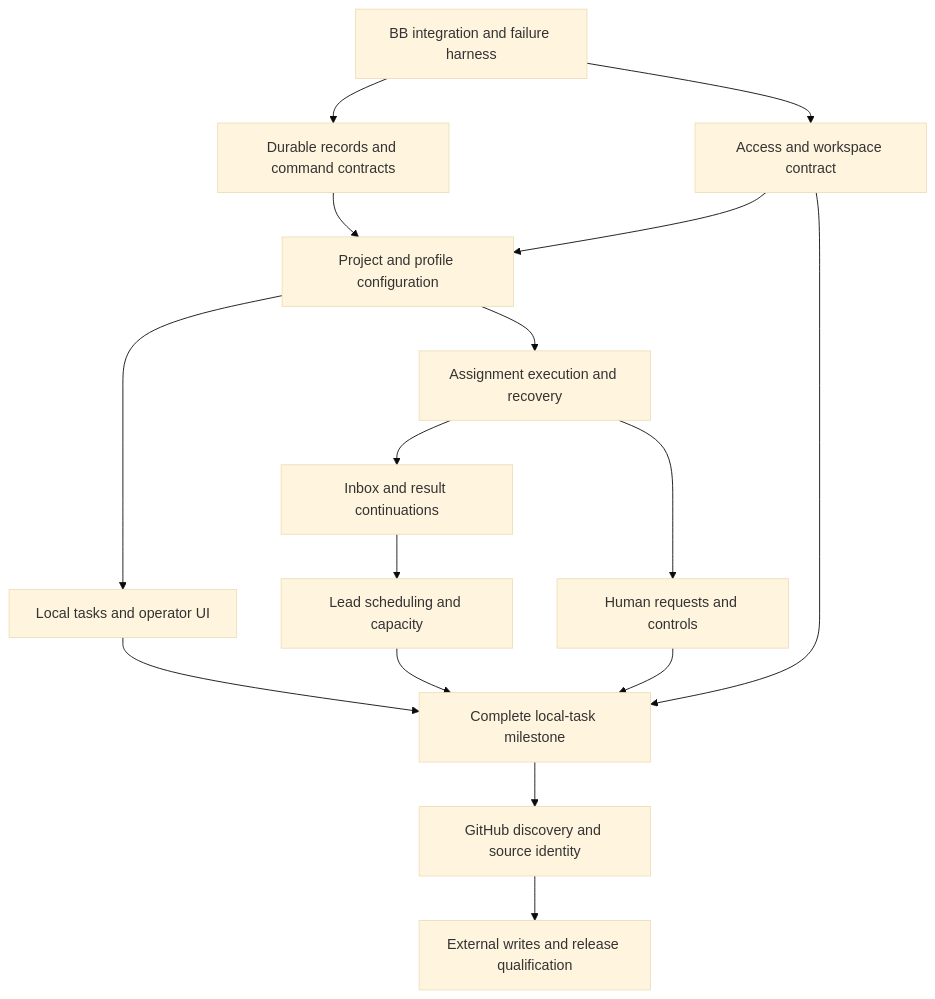
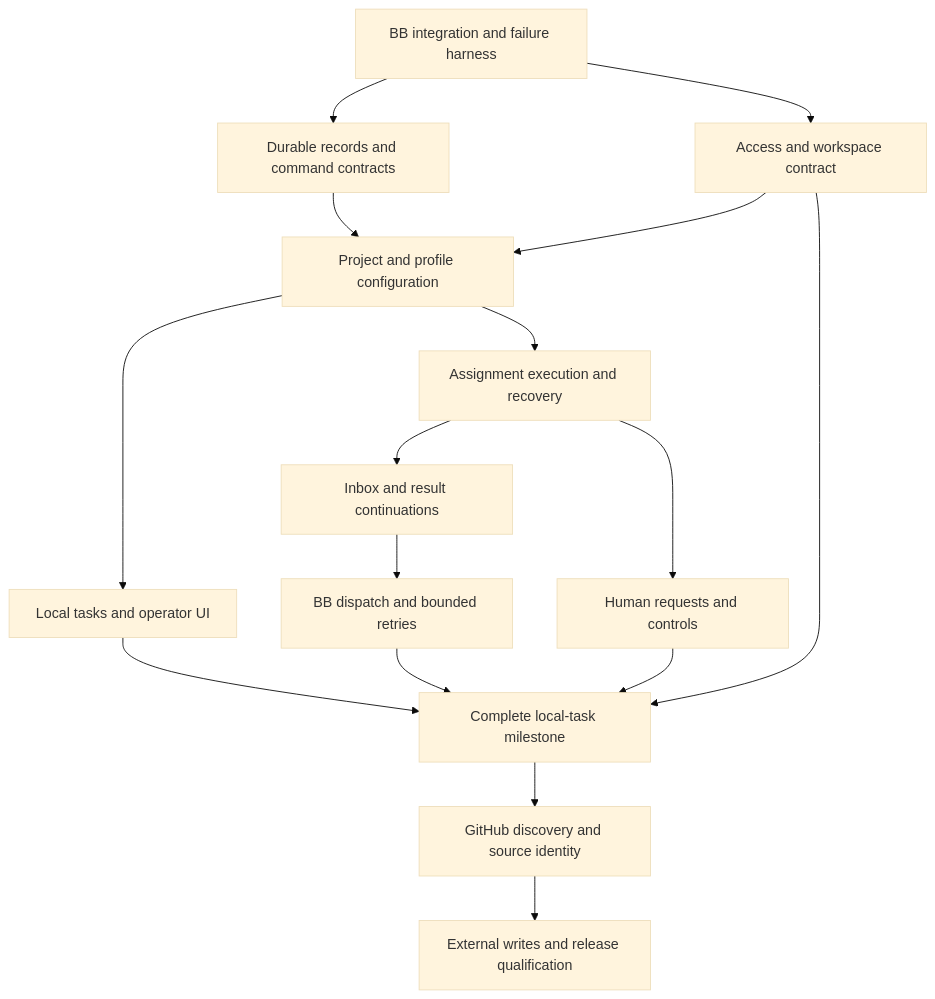
One commit to chrisbanes/ensemble changed the diagram in docs/delivery.md. Above: the diagram before and after it, drawn with Mermaid (base theme). The commit also changed other lines of this file and 10 other files, not shown here.

````diff
--- a/docs/delivery.md
+++ b/docs/delivery.md
@@ -17,18 +40,18 @@
 ```mermaid
 flowchart TD
   T01[BB integration and failure harness] --> T02[Access and workspace contract]
   T01 --> T03[Durable records and command contracts]
   T03 --> T04[Project and profile configuration]
   T02 --> T04
   T04 --> T05[Local tasks and operator UI]
   T04 --> T06[Assignment execution and recovery]
   T06 --> T07[Inbox and result continuations]
-  T07 --> T08[Lead scheduling and capacity]
+  T07 --> T08[BB dispatch and bounded retries]
   T06 --> T09[Human requests and controls]
   T05 --> T10[Complete local-task milestone]
   T08 --> T10
   T09 --> T10
   T02 --> T10
   T10 --> T11[GitHub discovery and source identity]
   T11 --> T12[External writes and release qualification]
 ```
````
